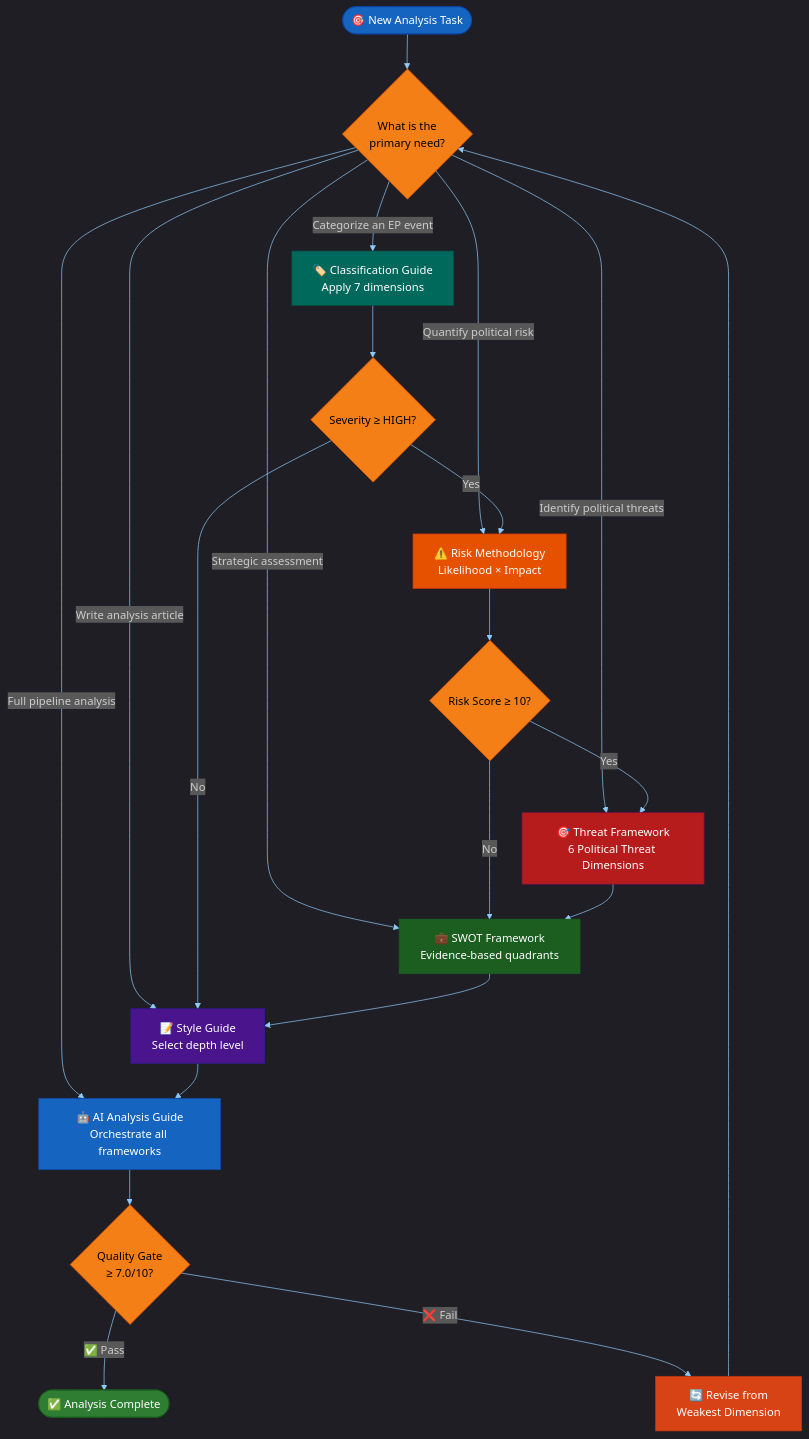
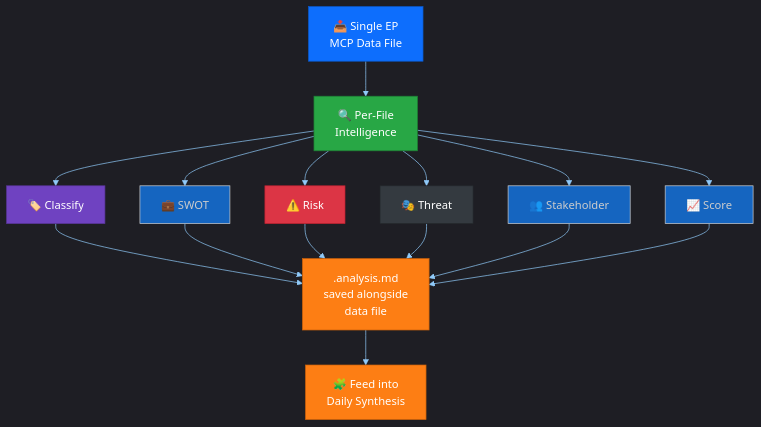
Before and after one commit to Hack23/euparliamentmonitor: diagram 12 of 16 in docs/api/media/README-9.md, drawn with Mermaid. The commit also changed other lines of this file and 1553 other files, not shown here.

````diff
--- a/docs/api/media/README-9.md
+++ b/docs/api/media/README-9.md
@@ -683,43 +616,21 @@
 ```mermaid
 %%{init: {"theme":"dark","themeVariables":{"primaryColor":"#1565C0","primaryTextColor":"#ffffff","primaryBorderColor":"#0A3F7F","lineColor":"#90CAF9","secondaryColor":"#2E7D32","secondaryTextColor":"#ffffff","secondaryBorderColor":"#0F3F00","tertiaryColor":"#FF9800","tertiaryTextColor":"#000000","tertiaryBorderColor":"#7F4F00","mainBkg":"#1565C0","secondBkg":"#2E7D32","tertiaryBkg":"#FF9800","noteBkgColor":"#FFC107","noteTextColor":"#000000","noteBorderColor":"#7F6000","errorBkgColor":"#D32F2F","errorTextColor":"#ffffff","fontFamily":"Inter, Helvetica, Arial, sans-serif","pie1":"#1565C0","pie2":"#2E7D32","pie3":"#FF9800","pie4":"#D32F2F","pie5":"#FFC107","pie6":"#7B1FA2","pie7":"#9E9E9E","pie8":"#0288D1","pie9":"#388E3C","pie10":"#F57C00","pie11":"#C62828","pie12":"#FBC02D","pieTitleTextSize":"18px","pieSectionTextSize":"14px","pieLegendTextSize":"13px","pieStrokeColor":"#1e1e1e","pieOuterStrokeColor":"#1e1e1e","git0":"#1565C0","git1":"#2E7D32","git2":"#FF9800","git3":"#D32F2F","gitBranchLabel0":"#ffffff","gitBranchLabel1":"#ffffff","gitBranchLabel2":"#000000","gitBranchLabel3":"#ffffff","cScale0":"#1565C0","cScale1":"#2E7D32","cScale2":"#FF9800","cScale3":"#D32F2F","cScale4":"#FFC107","cScale5":"#7B1FA2","cScale6":"#9E9E9E","cScale7":"#0288D1","xyChart":{"backgroundColor":"#1e1e1e","plotColorPalette":"#1565C0,#2E7D32,#FF9800,#D32F2F,#FFC107,#7B1FA2,#9E9E9E"}}}}%%
 flowchart TD
-    Start([🎯 New Analysis Task]) --> Q1{What is the<br/>primary need?}
+    MCP["📥 Single EP<br/>MCP Data File"] --> PFI["🔍 Per-File<br/>Intelligence"]
+    PFI --> CLS["🏷️ Classify"]
+    PFI --> SWT["💼 SWOT"]
+    PFI --> RSK["⚠️ Risk"]
+    PFI --> THR["🎭 Threat"]
+    PFI --> STK["👥 Stakeholder"]
+    PFI --> SIG["📈 Score"]
+    CLS & SWT & RSK & THR & STK & SIG --> OUT[".analysis.md<br/>saved alongside<br/>data file"]
+    OUT --> SYN["🧩 Feed into<br/>Daily Synthesis"]
 
-    Q1 -->|Categorize an EP event| CG[🏷️ Classification Guide<br/>Apply 7 dimensions]
-    Q1 -->|Quantify political risk| RM[⚠️ Risk Methodology<br/>Likelihood × Impact]
-    Q1 -->|Identify political threats| TF[🎯 Threat Framework<br/>6 Political Threat Dimensions]
-    Q1 -->|Strategic assessment| SW[💼 SWOT Framework<br/>Evidence-based quadrants]
-    Q1 -->|Write analysis article| SG[📝 Style Guide<br/>Select depth level]
-    Q1 -->|Full pipeline analysis| AI[🤖 AI Analysis Guide<br/>Orchestrate all frameworks]
-
-    CG --> Q2{Severity ≥ HIGH?}
-    Q2 -->|Yes| RM
-    Q2 -->|No| SG
-
-    RM --> Q3{Risk Score ≥ 10?}
-    Q3 -->|Yes| TF
-    Q3 -->|No| SW
-
-    TF --> SW
-    SW --> SG
-    SG --> AI
-
-    AI --> Gate{Quality Gate<br/>≥ 7.0/10?}
-    Gate -->|✅ Pass| Done([✅ Analysis Complete])
-    Gate -->|❌ Fail| Revise[🔄 Revise from<br/>Weakest Dimension]
-    Revise --> Q1
-
-    style Start fill:#1565C0,stroke:#0D47A1,color:#FFFFFF
-    style Q1 fill:#F57F17,stroke:#E65100,color:#000000
-    style CG fill:#00695C,stroke:#004D40,color:#FFFFFF
-    style RM fill:#E65100,stroke:#BF360C,color:#FFFFFF
-    style TF fill:#B71C1C,stroke:#880E4F,color:#FFFFFF
-    style SW fill:#1B5E20,stroke:#1B5E20,color:#FFFFFF
-    style SG fill:#4A148C,stroke:#311B92,color:#FFFFFF
-    style AI fill:#1565C0,stroke:#0D47A1,color:#FFFFFF
-    style Q2 fill:#F57F17,stroke:#E65100,color:#000000
-    style Q3 fill:#F57F17,stroke:#E65100,color:#000000
-    style Gate fill:#F57F17,stroke:#E65100,color:#000000
-    style Done fill:#2E7D32,stroke:#1B5E20,color:#FFFFFF
-    style Revise fill:#D84315,stroke:#BF360C,color:#FFFFFF
+    style MCP fill:#0d6efd,color:#fff,stroke:#0a58ca
+    style PFI fill:#28a745,color:#fff,stroke:#1e7e34
+    style OUT fill:#fd7e14,color:#fff,stroke:#c96009
+    style SYN fill:#fd7e14,color:#fff,stroke:#c96009
+    style CLS fill:#6f42c1,color:#fff,stroke:#59359a
+    style RSK fill:#dc3545,color:#fff,stroke:#bd2130
+    style THR fill:#343a40,color:#fff,stroke:#23272b
 ```
````
